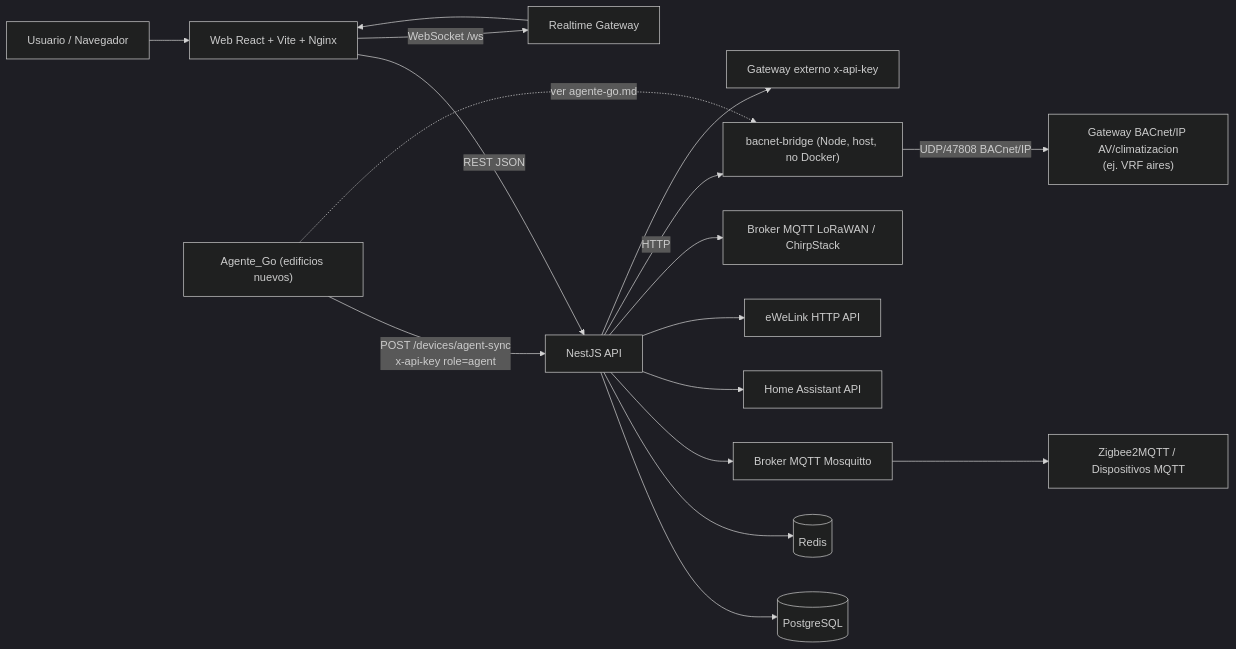
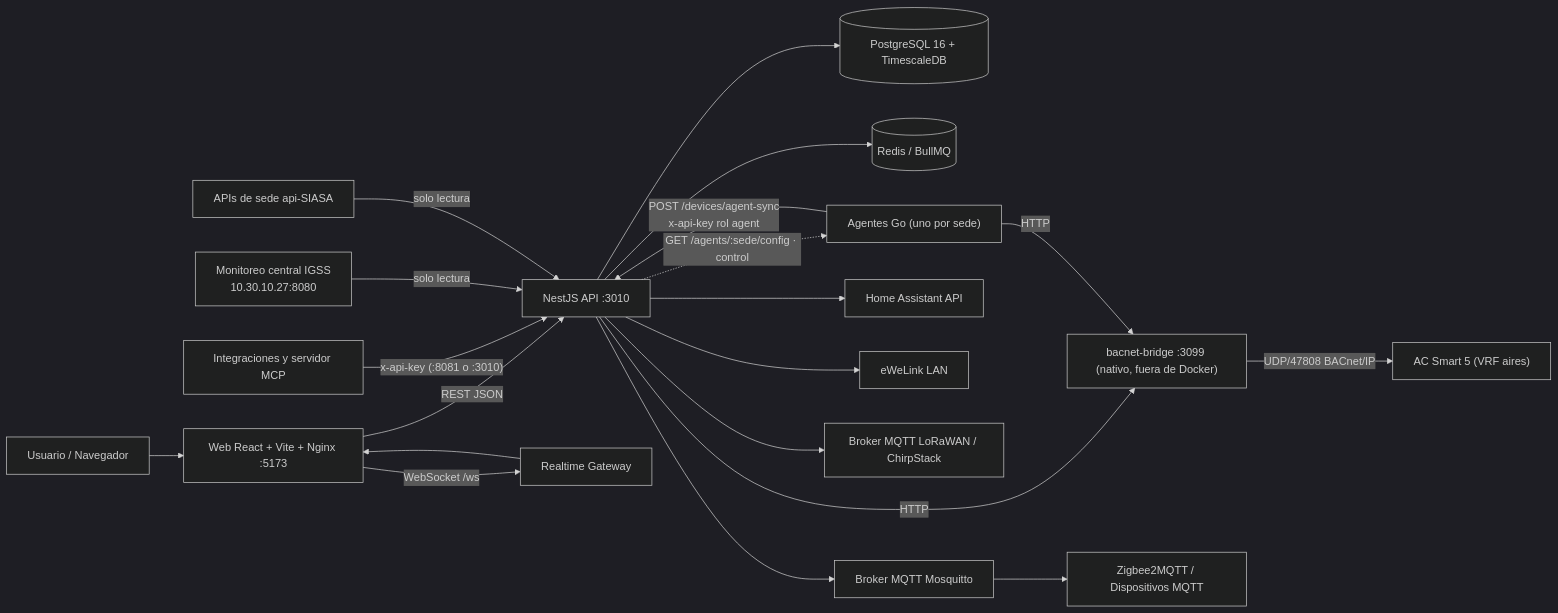
The first of 4 diagrams in docs/architecture.md (carlosh2388/controlia-nexo-smart), drawn with Mermaid (dark theme) before and after one commit. The commit also changed other lines of this file and 32 other files, not shown here.

First line of the commit message:
Red por fases, sedes nuevas con ficha JSON v1 y documentación de arquitectura

````diff
--- a/docs/architecture.md
+++ b/docs/architecture.md
@@ -9,20 +11,23 @@
 ```mermaid
 flowchart LR
-  U[Usuario / Navegador] --> W[Web React + Vite + Nginx]
-  W -->|REST JSON| A[NestJS API]
+  U[Usuario / Navegador] --> W[Web React + Vite + Nginx :5173]
+  W -->|REST JSON| A[NestJS API :3010]
   W -->|WebSocket /ws| RT[Realtime Gateway]
-  A --> P[(PostgreSQL)]
-  A --> R[(Redis)]
+  A --> P[("PostgreSQL 16 + TimescaleDB")]
+  A --> R[(Redis / BullMQ)]
   A --> M[Broker MQTT Mosquitto]
   A --> HA[Home Assistant API]
-  A --> EW[eWeLink HTTP API]
+  A --> EW[eWeLink LAN]
   A --> LW[Broker MQTT LoRaWAN / ChirpStack]
-  A -->|HTTP| BB["bacnet-bridge (Node, host, no Docker)"]
-  BB -->|UDP/47808 BACnet/IP| BAC["Gateway BACnet/IP AV/climatizacion\n(ej. VRF aires)"]
-  A --> EXT[Gateway externo x-api-key]
+  A -->|HTTP| BB["bacnet-bridge :3099 (nativo, fuera de Docker)"]
+  BB -->|UDP/47808 BACnet/IP| BAC["AC Smart 5 (VRF aires)"]
+  EXT[Integraciones y servidor MCP] -->|"x-api-key (:8081 o :3010)"| A
   M --> Z2M[Zigbee2MQTT / Dispositivos MQTT]
   RT --> W
 
-  AG["Agente_Go (edificios nuevos)"] -->|"POST /devices/agent-sync\nx-api-key role=agent"| A
-  AG -.->|"ver agente-go.md"| BB
+  AG["Agentes Go (uno por sede)"] -->|"POST /devices/agent-sync\nx-api-key rol agent"| A
+  A -.->|"GET /agents/:sede/config · control"| AG
+  AG -->|HTTP| BB
+  CEN["Monitoreo central IGSS\n10.30.10.27:8080"] -->|"solo lectura"| A
+  SED["APIs de sede api-SIASA"] -->|"solo lectura"| A
 ```
````
